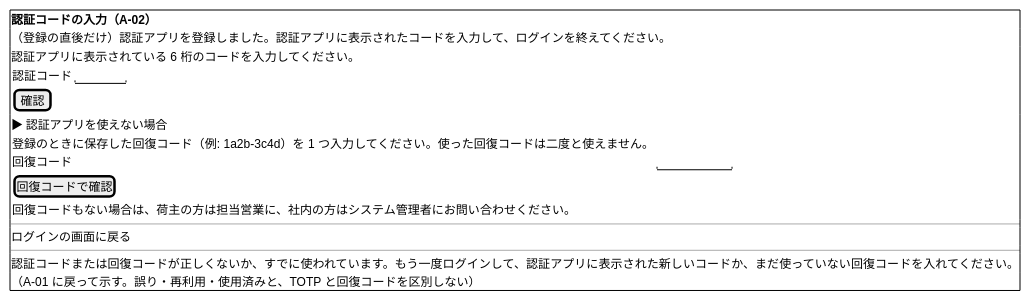
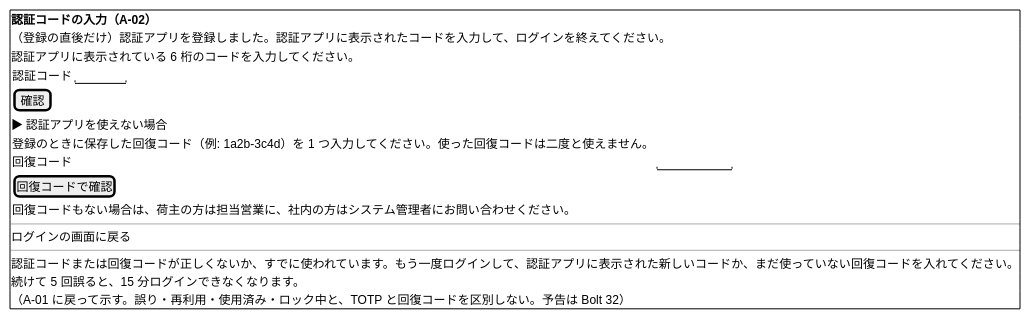
Before and after one commit to k2works/practical-domain-driven-design-in-enterpris-application: the ninth of 26 diagrams in docs/design/cargo-tracker/ui_design.md, drawn with PlantUML. The commit also changed other lines of this file and 9 other files, not shown here.

````diff
--- a/docs/design/cargo-tracker/ui_design.md
+++ b/docs/design/cargo-tracker/ui_design.md
@@ -495,25 +493,26 @@
 ```plantuml
 @startsalt
 {+
   <b>認証コードの入力（A-02）
   （登録の直後だけ）認証アプリを登録しました。認証アプリに表示されたコードを入力して、ログインを終えてください。
   認証アプリに表示されている 6 桁のコードを入力してください。
   {
     認証コード | "      "
     [ 確認 ]
   }
   ▶ 認証アプリを使えない場合
   {
     登録のときに保存した回復コード（例: 1a2b-3c4d）を 1 つ入力してください。使った回復コードは二度と使えません。
     回復コード | "         "
     [ 回復コードで確認 ]
     回復コードもない場合は、荷主の方は担当営業に、社内の方はシステム管理者にお問い合わせください。
   }
   ---
   ログインの画面に戻る
   ---
   認証コードまたは回復コードが正しくないか、すでに使われています。もう一度ログインして、認証アプリに表示された新しいコードか、まだ使っていない回復コードを入れてください。
-  （A-01 に戻って示す。誤り・再利用・使用済みと、TOTP と回復コードを区別しない）
+  続けて 5 回誤ると、15 分ログインできなくなります。
+  （A-01 に戻って示す。誤り・再利用・使用済み・ロック中と、TOTP と回復コードを区別しない。予告は Bolt 32）
 }
 @endsalt
 ```
````
